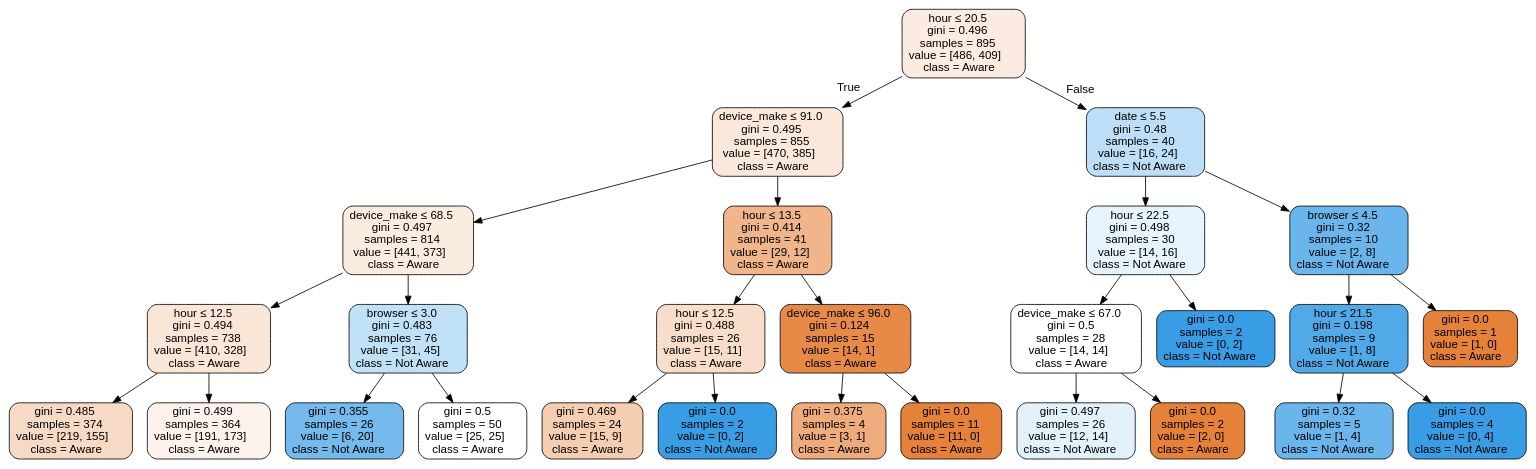
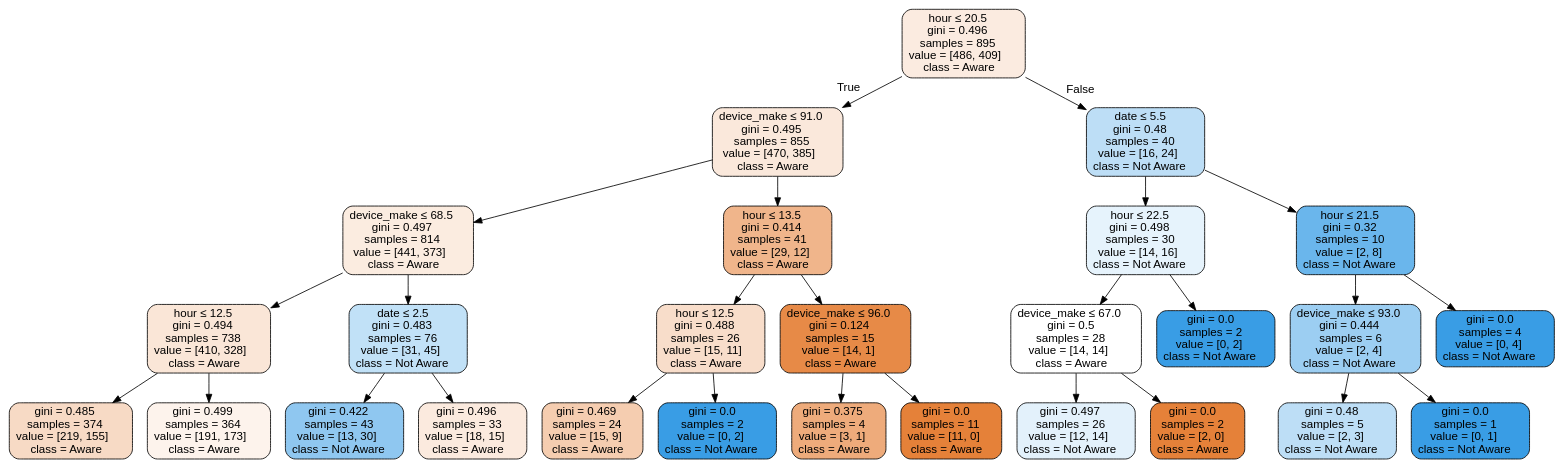
Before and after one commit to heavye/abtest-mlops: the diagram in notebooks/AbTestDecisionTree.dot, drawn with Graphviz. The commit also changed 1 other file, not shown here.

```diff
--- a/notebooks/AbTestDecisionTree.dot
+++ b/notebooks/AbTestDecisionTree.dot
@@ -1,57 +1,57 @@
 digraph Tree {
 node [shape=box, style="filled, rounded", color="black", fontname=helvetica] ;
 edge [fontname=helvetica] ;
 0 [label=<hour &le; 20.5<br/>gini = 0.496<br/>samples = 895<br/>value = [486, 409]<br/>class = Aware>, fillcolor="#fbebe0"] ;
 1 [label=<device_make &le; 91.0<br/>gini = 0.495<br/>samples = 855<br/>value = [470, 385]<br/>class = Aware>, fillcolor="#fae8db"] ;
 0 -> 1 [labeldistance=2.5, labelangle=45, headlabel="True"] ;
 2 [label=<device_make &le; 68.5<br/>gini = 0.497<br/>samples = 814<br/>value = [441, 373]<br/>class = Aware>, fillcolor="#fbece0"] ;
 1 -> 2 ;
 3 [label=<hour &le; 12.5<br/>gini = 0.494<br/>samples = 738<br/>value = [410, 328]<br/>class = Aware>, fillcolor="#fae6d7"] ;
 2 -> 3 ;
 4 [label=<gini = 0.485<br/>samples = 374<br/>value = [219, 155]<br/>class = Aware>, fillcolor="#f7dac5"] ;
 3 -> 4 ;
 5 [label=<gini = 0.499<br/>samples = 364<br/>value = [191, 173]<br/>class = Aware>, fillcolor="#fdf3ec"] ;
 3 -> 5 ;
-6 [label=<browser &le; 3.0<br/>gini = 0.483<br/>samples = 76<br/>value = [31, 45]<br/>class = Not Aware>, fillcolor="#c1e1f7"] ;
+6 [label=<date &le; 2.5<br/>gini = 0.483<br/>samples = 76<br/>value = [31, 45]<br/>class = Not Aware>, fillcolor="#c1e1f7"] ;
 2 -> 6 ;
-7 [label=<gini = 0.355<br/>samples = 26<br/>value = [6, 20]<br/>class = Not Aware>, fillcolor="#74baed"] ;
+7 [label=<gini = 0.422<br/>samples = 43<br/>value = [13, 30]<br/>class = Not Aware>, fillcolor="#8fc7f0"] ;
 6 -> 7 ;
-8 [label=<gini = 0.5<br/>samples = 50<br/>value = [25, 25]<br/>class = Aware>, fillcolor="#ffffff"] ;
+8 [label=<gini = 0.496<br/>samples = 33<br/>value = [18, 15]<br/>class = Aware>, fillcolor="#fbeade"] ;
 6 -> 8 ;
 9 [label=<hour &le; 13.5<br/>gini = 0.414<br/>samples = 41<br/>value = [29, 12]<br/>class = Aware>, fillcolor="#f0b58b"] ;
 1 -> 9 ;
 10 [label=<hour &le; 12.5<br/>gini = 0.488<br/>samples = 26<br/>value = [15, 11]<br/>class = Aware>, fillcolor="#f8ddca"] ;
 9 -> 10 ;
 11 [label=<gini = 0.469<br/>samples = 24<br/>value = [15, 9]<br/>class = Aware>, fillcolor="#f5cdb0"] ;
 10 -> 11 ;
 12 [label=<gini = 0.0<br/>samples = 2<br/>value = [0, 2]<br/>class = Not Aware>, fillcolor="#399de5"] ;
 10 -> 12 ;
 13 [label=<device_make &le; 96.0<br/>gini = 0.124<br/>samples = 15<br/>value = [14, 1]<br/>class = Aware>, fillcolor="#e78a47"] ;
 9 -> 13 ;
 14 [label=<gini = 0.375<br/>samples = 4<br/>value = [3, 1]<br/>class = Aware>, fillcolor="#eeab7b"] ;
 13 -> 14 ;
 15 [label=<gini = 0.0<br/>samples = 11<br/>value = [11, 0]<br/>class = Aware>, fillcolor="#e58139"] ;
 13 -> 15 ;
 16 [label=<date &le; 5.5<br/>gini = 0.48<br/>samples = 40<br/>value = [16, 24]<br/>class = Not Aware>, fillcolor="#bddef6"] ;
 0 -> 16 [labeldistance=2.5, labelangle=-45, headlabel="False"] ;
 17 [label=<hour &le; 22.5<br/>gini = 0.498<br/>samples = 30<br/>value = [14, 16]<br/>class = Not Aware>, fillcolor="#e6f3fc"] ;
 16 -> 17 ;
 18 [label=<device_make &le; 67.0<br/>gini = 0.5<br/>samples = 28<br/>value = [14, 14]<br/>class = Aware>, fillcolor="#ffffff"] ;
 17 -> 18 ;
 19 [label=<gini = 0.497<br/>samples = 26<br/>value = [12, 14]<br/>class = Not Aware>, fillcolor="#e3f1fb"] ;
 18 -> 19 ;
 20 [label=<gini = 0.0<br/>samples = 2<br/>value = [2, 0]<br/>class = Aware>, fillcolor="#e58139"] ;
 18 -> 20 ;
 21 [label=<gini = 0.0<br/>samples = 2<br/>value = [0, 2]<br/>class = Not Aware>, fillcolor="#399de5"] ;
 17 -> 21 ;
-22 [label=<browser &le; 4.5<br/>gini = 0.32<br/>samples = 10<br/>value = [2, 8]<br/>class = Not Aware>, fillcolor="#6ab6ec"] ;
+22 [label=<hour &le; 21.5<br/>gini = 0.32<br/>samples = 10<br/>value = [2, 8]<br/>class = Not Aware>, fillcolor="#6ab6ec"] ;
 16 -> 22 ;
-23 [label=<hour &le; 21.5<br/>gini = 0.198<br/>samples = 9<br/>value = [1, 8]<br/>class = Not Aware>, fillcolor="#52a9e8"] ;
+23 [label=<device_make &le; 93.0<br/>gini = 0.444<br/>samples = 6<br/>value = [2, 4]<br/>class = Not Aware>, fillcolor="#9ccef2"] ;
 22 -> 23 ;
-24 [label=<gini = 0.32<br/>samples = 5<br/>value = [1, 4]<br/>class = Not Aware>, fillcolor="#6ab6ec"] ;
+24 [label=<gini = 0.48<br/>samples = 5<br/>value = [2, 3]<br/>class = Not Aware>, fillcolor="#bddef6"] ;
 23 -> 24 ;
-25 [label=<gini = 0.0<br/>samples = 4<br/>value = [0, 4]<br/>class = Not Aware>, fillcolor="#399de5"] ;
+25 [label=<gini = 0.0<br/>samples = 1<br/>value = [0, 1]<br/>class = Not Aware>, fillcolor="#399de5"] ;
 23 -> 25 ;
-26 [label=<gini = 0.0<br/>samples = 1<br/>value = [1, 0]<br/>class = Aware>, fillcolor="#e58139"] ;
+26 [label=<gini = 0.0<br/>samples = 4<br/>value = [0, 4]<br/>class = Not Aware>, fillcolor="#399de5"] ;
 22 -> 26 ;
 }
```
